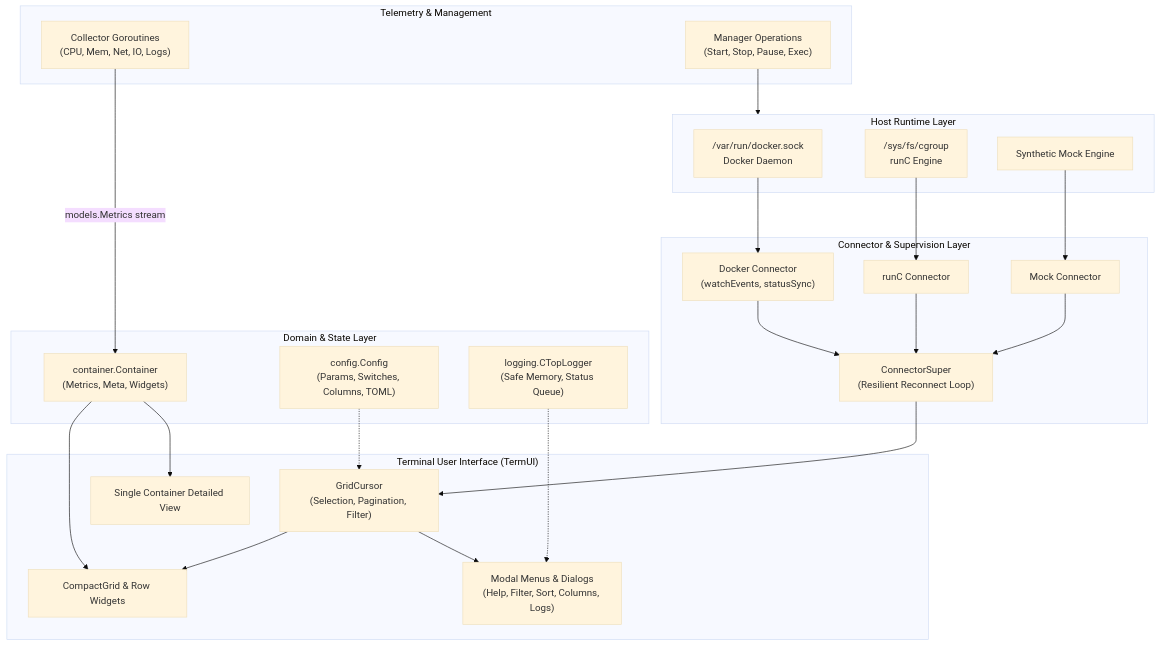
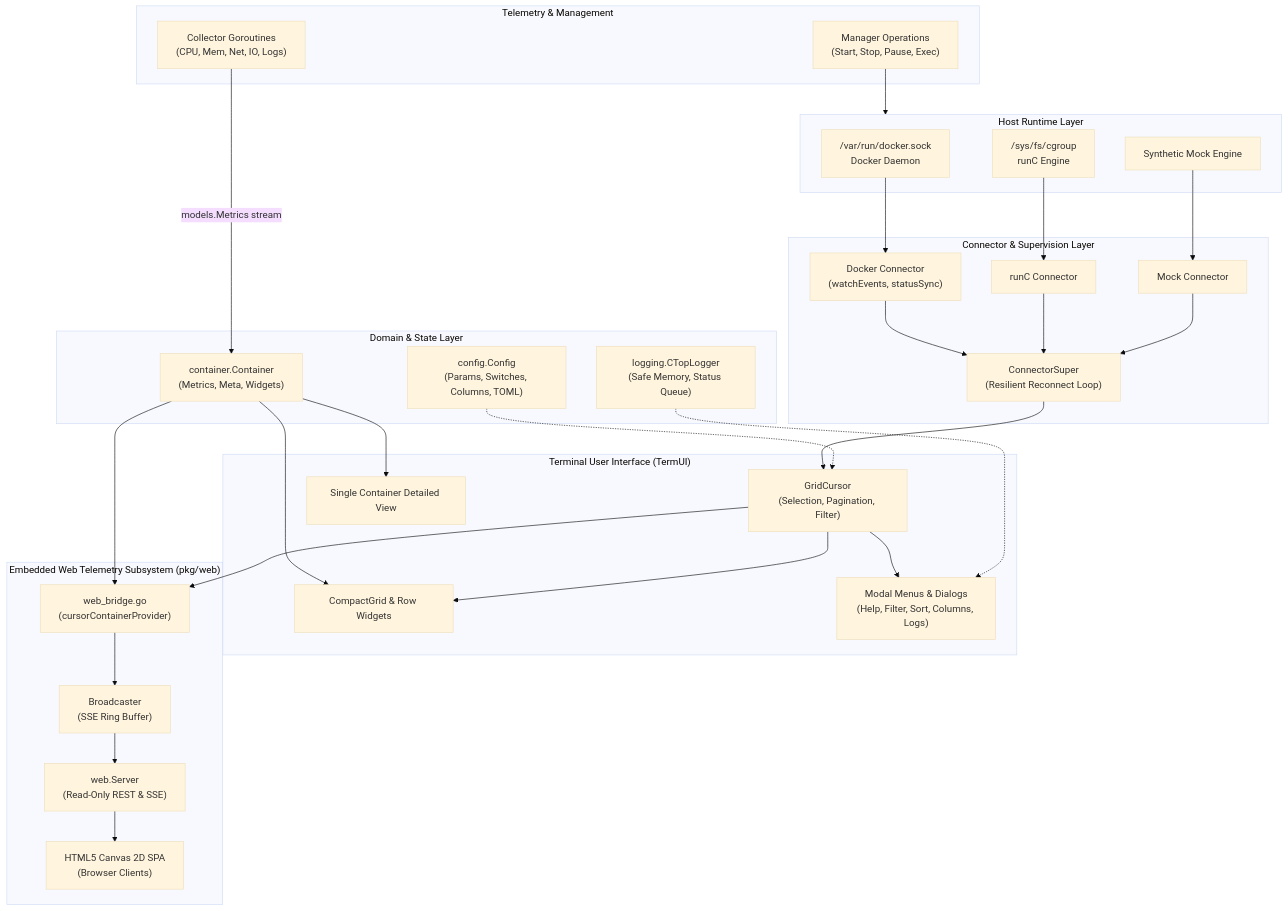
Before and after one commit to edsilegxrepo/ctop: the first of 2 diagrams in ARCHITECTURE.md, drawn with Mermaid (base theme). The commit also changed other lines of this file and 197 other files, not shown here.

Commit message:
feat(release): v0.9.1 - web telemetry dashboard, security hardening, and test expansion

````diff
--- a/ARCHITECTURE.md
+++ b/ARCHITECTURE.md
@@ -17,52 +17,65 @@
 ```mermaid
 flowchart TD
     subgraph HostRuntime ["Host Runtime Layer"]
         DockerSock["/var/run/docker.sock<br/>Docker Daemon"]
         RuncCgroup["/sys/fs/cgroup<br/>runC Engine"]
         MockEngine["Synthetic Mock Engine"]
     end
 
     subgraph ConnectorLayer ["Connector & Supervision Layer"]
         ConnSuper["ConnectorSuper<br/>(Resilient Reconnect Loop)"]
         DockerConn["Docker Connector<br/>(watchEvents, statusSync)"]
         RuncConn["runC Connector"]
         MockConn["Mock Connector"]
     end
 
     subgraph TelemetryLayer ["Telemetry & Management"]
         Collector["Collector Goroutines<br/>(CPU, Mem, Net, IO, Logs)"]
         Manager["Manager Operations<br/>(Start, Stop, Pause, Exec)"]
     end
 
     subgraph DomainModel ["Domain & State Layer"]
         ContainerModel["container.Container<br/>(Metrics, Meta, Widgets)"]
         ConfigEngine["config.Config<br/>(Params, Switches, Columns, TOML)"]
         Logger["logging.CTopLogger<br/>(Safe Memory, Status Queue)"]
     end
 
     subgraph PresentationLayer ["Terminal User Interface (TermUI)"]
         GridCursor["GridCursor<br/>(Selection, Pagination, Filter)"]
         CompactGrid["CompactGrid & Row Widgets"]
         SingleView["Single Container Detailed View"]
         Menus["Modal Menus & Dialogs<br/>(Help, Filter, Sort, Columns, Logs)"]
     end
 
+    subgraph WebLayer ["Embedded Web Telemetry Subsystem (pkg/web)"]
+        WebBridge["web_bridge.go<br/>(cursorContainerProvider)"]
+        Broadcaster["Broadcaster<br/>(SSE Ring Buffer)"]
+        WebServer["web.Server<br/>(Read-Only REST & SSE)"]
+        WebDashboard["HTML5 Canvas 2D SPA<br/>(Browser Clients)"]
+    end
+
     DockerSock --> DockerConn
     RuncCgroup --> RuncConn
     MockEngine --> MockConn
     
     DockerConn --> ConnSuper
     RuncConn --> ConnSuper
     MockConn --> ConnSuper
 
     ConnSuper --> GridCursor
     Collector -->|models.Metrics stream| ContainerModel
     Manager --> HostRuntime
 
     ConfigEngine -.-> GridCursor
     ContainerModel --> CompactGrid
     ContainerModel --> SingleView
     GridCursor --> CompactGrid
     GridCursor --> Menus
     Logger -.-> Menus
+
+    GridCursor --> WebBridge
+    ContainerModel --> WebBridge
+    WebBridge --> Broadcaster
+    Broadcaster --> WebServer
+    WebServer --> WebDashboard
 ```
````
